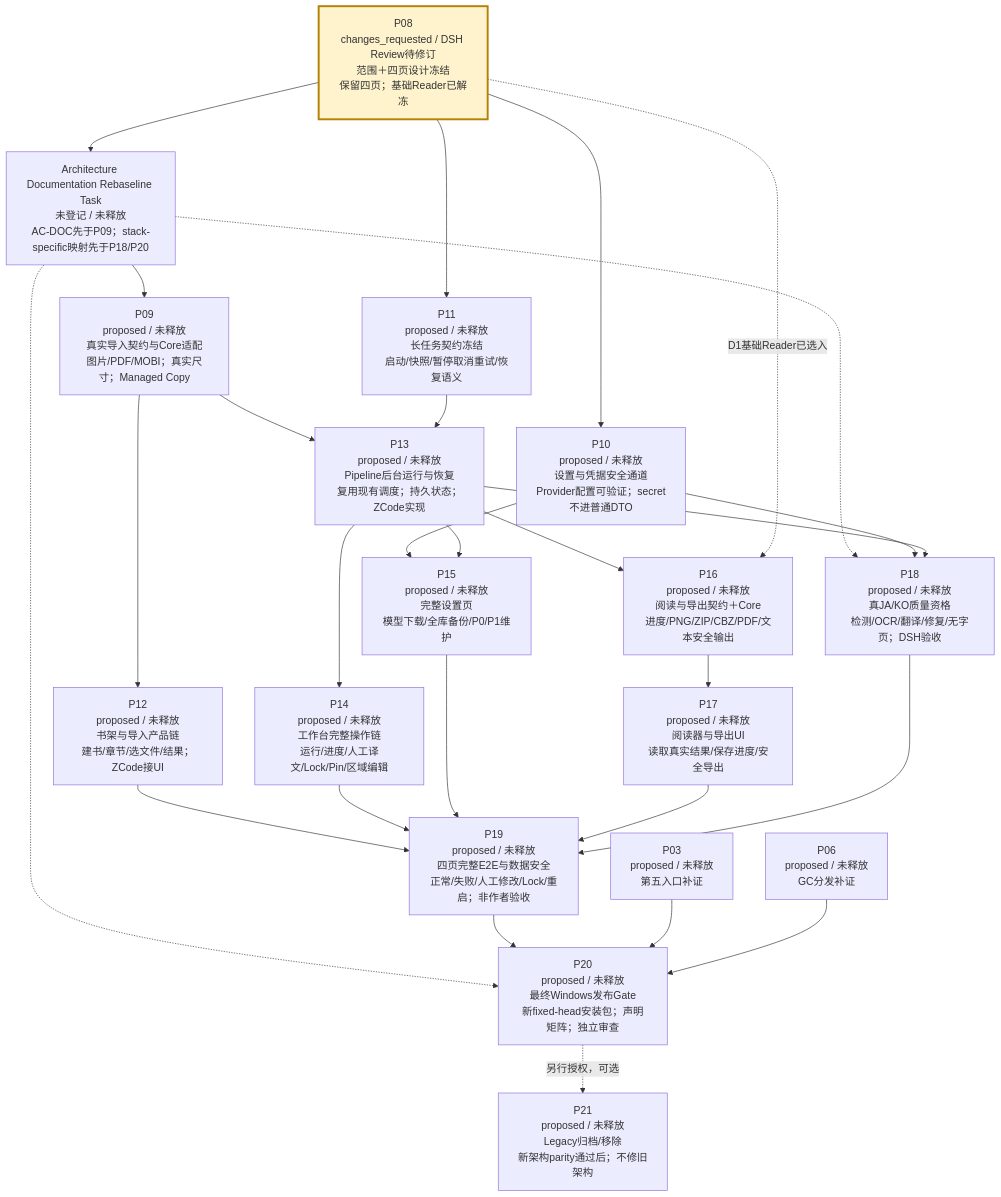
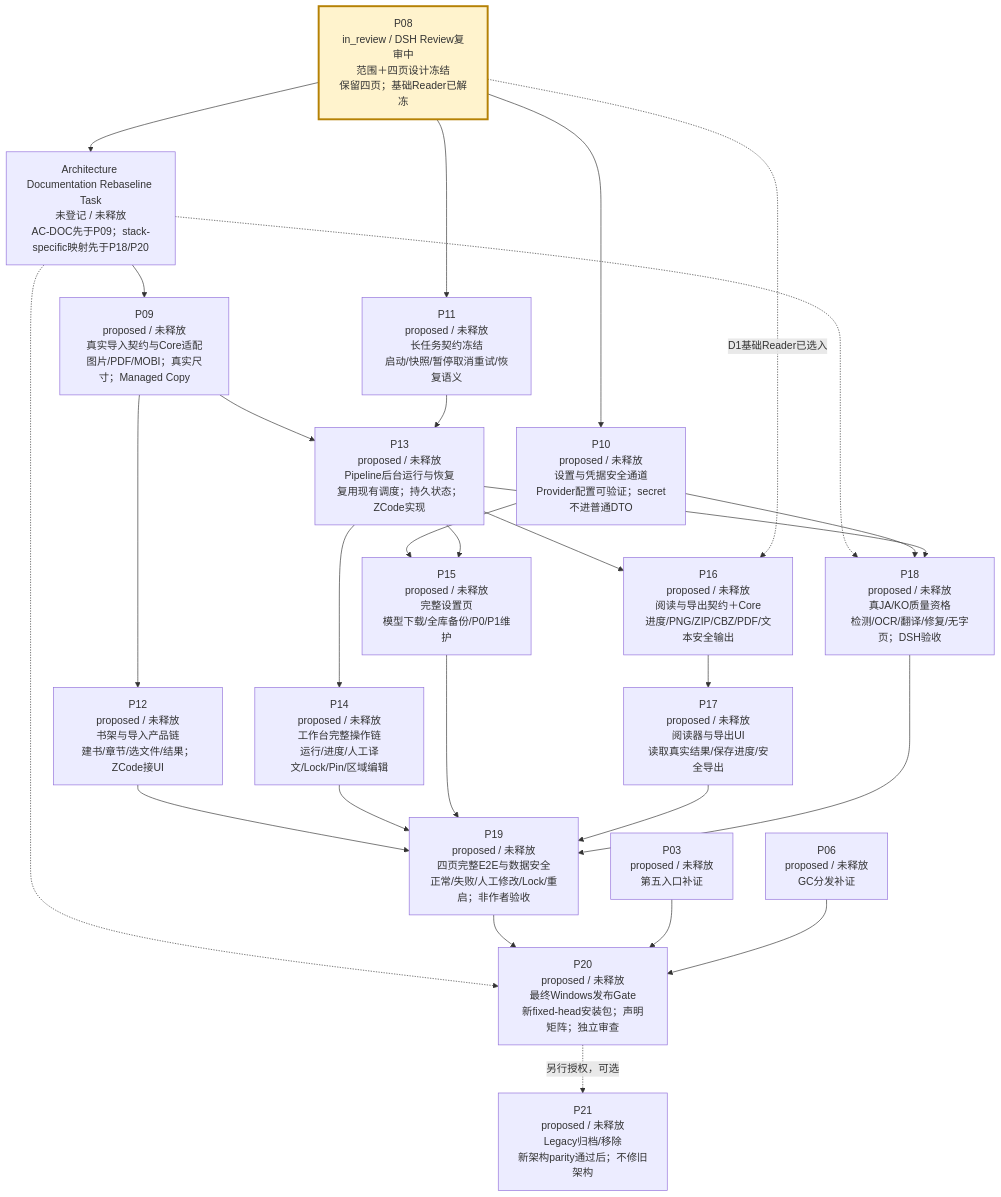
One commit to peakwheat-pixel/New-Manga changed the third of 4 diagrams in verification/PROJECT-ROADMAP-20261008/ROADMAP.md. Above: the diagram before and after it, drawn with Mermaid. The commit also changed other lines of this file and 11 other files, not shown here.

````diff
--- a/verification/PROJECT-ROADMAP-20261008/ROADMAP.md
+++ b/verification/PROJECT-ROADMAP-20261008/ROADMAP.md
@@ -47,30 +47,30 @@
 ```mermaid
 flowchart TB
-  P08["P08<br/>changes_requested / DSH Review待修订<br/>范围＋四页设计冻结<br/>保留四页；基础Reader已解冻"] --> ARCHDOC["Architecture Documentation Rebaseline Task<br/>未登记 / 未释放<br/>AC-DOC先于P09；stack-specific映射先于P18/P20"]
+  P08["P08<br/>in_review / DSH Review复审中<br/>范围＋四页设计冻结<br/>保留四页；基础Reader已解冻"] --> ARCHDOC["Architecture Documentation Rebaseline Task<br/>未登记 / 未释放<br/>AC-DOC先于P09；stack-specific映射先于P18/P20"]
   ARCHDOC --> P09["P09<br/>proposed / 未释放<br/>真实导入契约与Core适配<br/>图片/PDF/MOBI；真实尺寸；Managed Copy"]
   ARCHDOC -.-> P18
   ARCHDOC -.-> P20
   P08 --> P10["P10<br/>proposed / 未释放<br/>设置与凭据安全通道<br/>Provider配置可验证；secret不进普通DTO"]
   P08 --> P11["P11<br/>proposed / 未释放<br/>长任务契约冻结<br/>启动/快照/暂停取消重试/恢复语义"]
   P09 --> P12["P12<br/>proposed / 未释放<br/>书架与导入产品链<br/>建书/章节/选文件/结果；ZCode接UI"]
   P09 --> P13["P13<br/>proposed / 未释放<br/>Pipeline后台运行与恢复<br/>复用现有调度；持久状态；ZCode实现"]
   P11 --> P13
   P13 --> P14["P14<br/>proposed / 未释放<br/>工作台完整操作链<br/>运行/进度/人工译文/Lock/Pin/区域编辑"]
   P10 --> P15["P15<br/>proposed / 未释放<br/>完整设置页<br/>模型下载/全库备份/P0/P1维护"]
   P13 --> P15
   P13 --> P16["P16<br/>proposed / 未释放<br/>阅读与导出契约＋Core<br/>进度/PNG/ZIP/CBZ/PDF/文本安全输出"]
   P08 -. "D1基础Reader已选入" .-> P16
   P16 --> P17["P17<br/>proposed / 未释放<br/>阅读器与导出UI<br/>读取真实结果/保存进度/安全导出"]
   P10 --> P18["P18<br/>proposed / 未释放<br/>真JA/KO质量资格<br/>检测/OCR/翻译/修复/无字页；DSH验收"]
   P13 --> P18
   P12 --> P19["P19<br/>proposed / 未释放<br/>四页完整E2E与数据安全<br/>正常/失败/人工修改/Lock/重启；非作者验收"]
   P14 --> P19
   P15 --> P19
   P17 --> P19
   P18 --> P19
   P19 --> P20["P20<br/>proposed / 未释放<br/>最终Windows发布Gate<br/>新fixed-head安装包；声明矩阵；独立审查"]
   P03["P03<br/>proposed / 未释放<br/>第五入口补证"] --> P20
   P06["P06<br/>proposed / 未释放<br/>GC分发补证"] --> P20
   P20 -. "另行授权，可选" .-> P21["P21<br/>proposed / 未释放<br/>Legacy归档/移除<br/>新架构parity通过后；不修旧架构"]
   style P08 fill:#fff3cd,stroke:#b58105,stroke-width:3px
 ```
````
